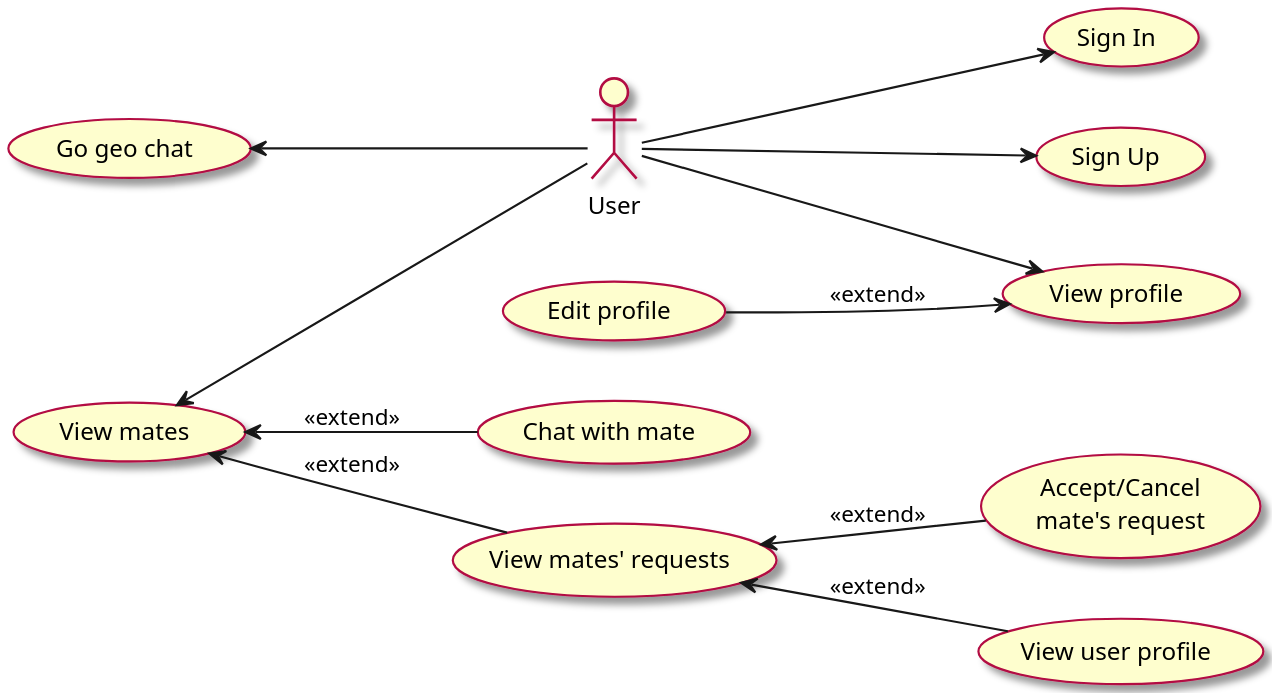
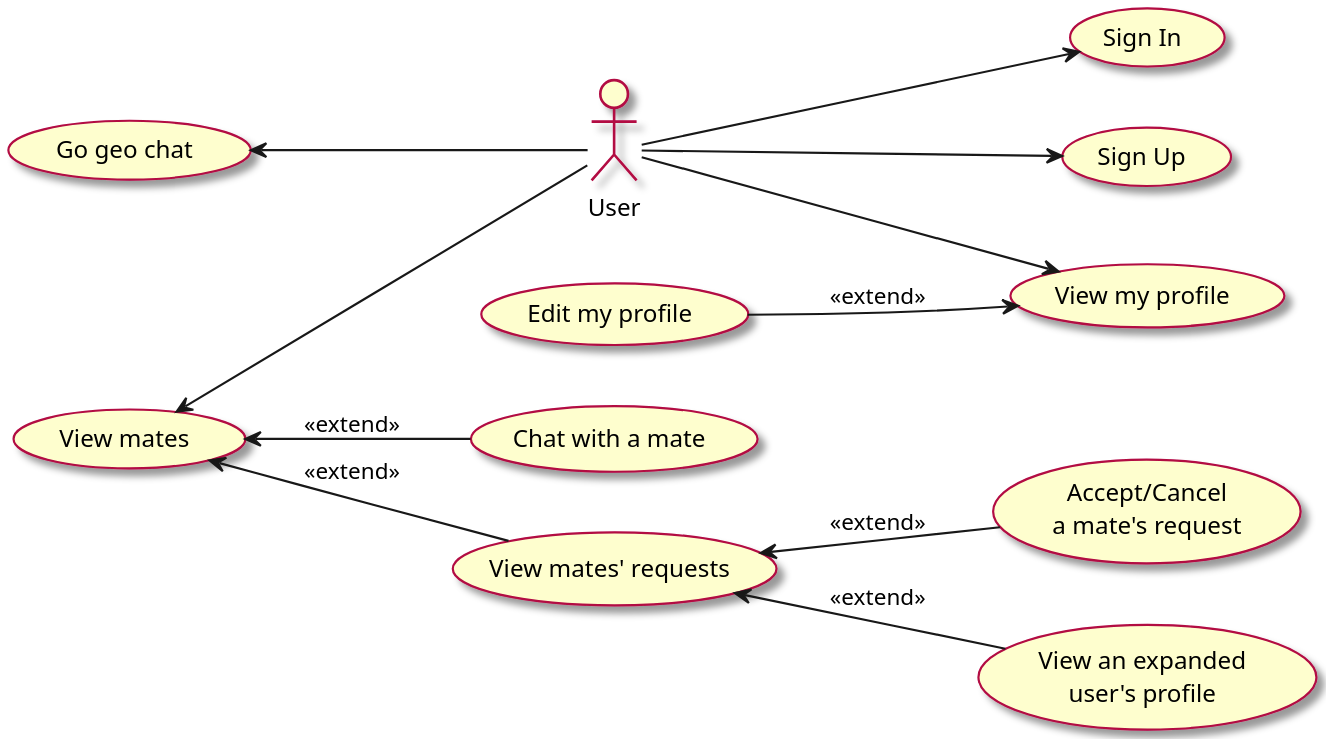
The diagram in general/puml_diagrams/usecase/uc1.wsd (qubacy/geoqq), drawn with PlantUML before and after one commit. The commit also changed 1 other file, not shown here.

```diff
--- a/general/puml_diagrams/usecase/uc1.wsd
+++ b/general/puml_diagrams/usecase/uc1.wsd
@@ -1,54 +1,54 @@
 @startuml uc1
 
 skinparam ArrowThickness 1.25
 
 skinparam ActorBorderThickness 1.5
 skinparam ActorBackgroundColor #FEFECE
 skinparam ActorBorderColor #B20842
 
 skinparam UsecaseBorderColor #B20842
 skinparam UsecaseBorderThickness 1.25
 skinparam UsecaseBackgroundColor #FEFECE
 
 skinparam Shadowing true
 skinparam dpi 200
 
 ' -----------------------------------------------
 
 actor "User" as User
 
 usecase "Sign In" as SignIn
 usecase "Sign Up" as SignUp
 
-usecase "View profile" as ViewProfile
-usecase "Edit profile" as EditProfile
+usecase "View my profile" as ViewMyProfile
+usecase "Edit my profile" as EditMyProfile
 
 usecase "View mates" as ViewMates
-usecase "Chat with mate" as ChatWithMate
+usecase "Chat with a mate" as ChatWithMate
 usecase "View mates' requests" as ViewMatesReqs
-usecase "Accept/Cancel\nmate's request" as AccCanMateReq
+usecase "Accept/Cancel\na mate's request" as AccCanMateReq
 
-usecase "View user profile" as ViewUserProfile
+usecase "View an expanded\nuser's profile" as ViewExpandedUserProfile
 
 ' see uc2.wsd diagram...
 usecase "Go geo chat" as GoGeoChat
 
 ' -----------------------------------------------
 
 left to right direction
 
 User --> SignIn
 User --> SignUp
 
-User --> ViewProfile
-ViewProfile <-u- EditProfile : <<extend>>
+User --> ViewMyProfile
+ViewMyProfile <-u- EditMyProfile : <<extend>>
 
 User -u-> ViewMates
 ViewMates <-- ChatWithMate : <<extend>>
 ViewMates <-- ViewMatesReqs : <<extend>>
 ViewMatesReqs <-- AccCanMateReq : <<extend>>
-ViewMatesReqs <-- ViewUserProfile : <<extend>>
+ViewMatesReqs <-- ViewExpandedUserProfile : <<extend>>
 
 User -u-> GoGeoChat
 
 @enduml
```
